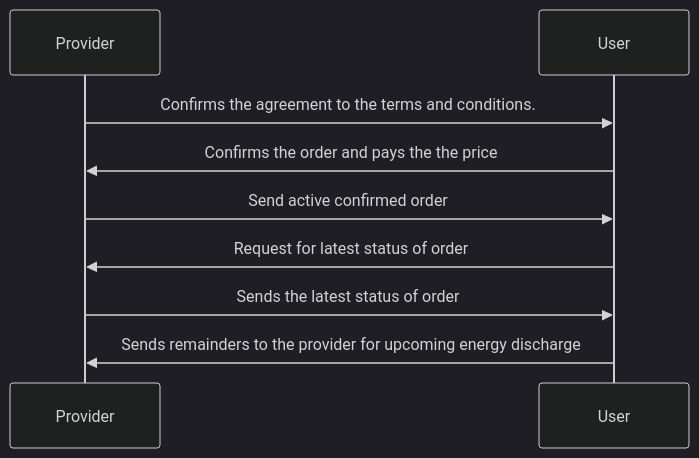
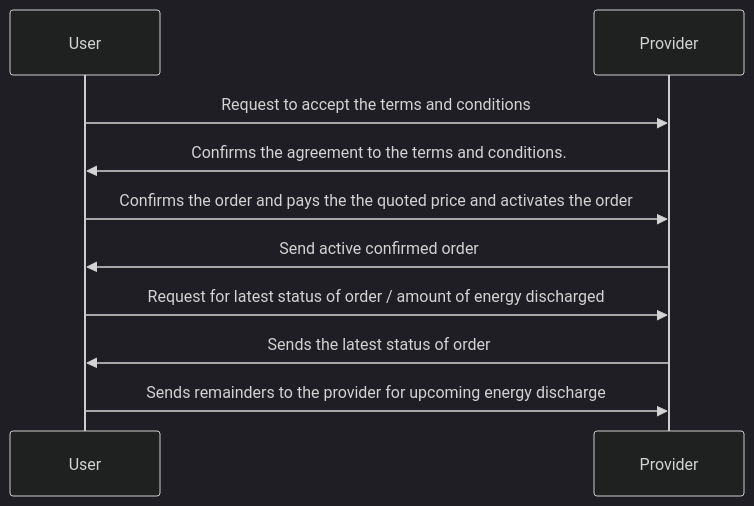
One commit to Sudheesh2609/DENT-Protocol changed the seventh of 8 diagrams in docs/implementation-guides/General_Energy_Transaction_1.md. Above: the diagram before and after it, drawn with Mermaid (dark theme). The commit also changed other lines of this file, not shown here.

First line of the commit message:
Update General_Energy_Transaction_1.md

````diff
--- a/docs/implementation-guides/General_Energy_Transaction_1.md
+++ b/docs/implementation-guides/General_Energy_Transaction_1.md
@@ -205,9 +215,10 @@
 ```mermaid
     sequenceDiagram
+    User->>Provider: Request to accept the terms and conditions
     Provider->>User: Confirms the agreement to the terms and conditions.
-    User->>Provider: Confirms the order and pays the the price
+    User->>Provider: Confirms the order and pays the the quoted price and activates the order
     Provider->>User: Send active confirmed order
-    User->>Provider: Request for latest status of order
+    User->>Provider: Request for latest status of order / amount of energy discharged
     Provider->>User: Sends the latest status of order
     User->>Provider: Sends remainders to the provider for upcoming energy discharge
 ```
````
